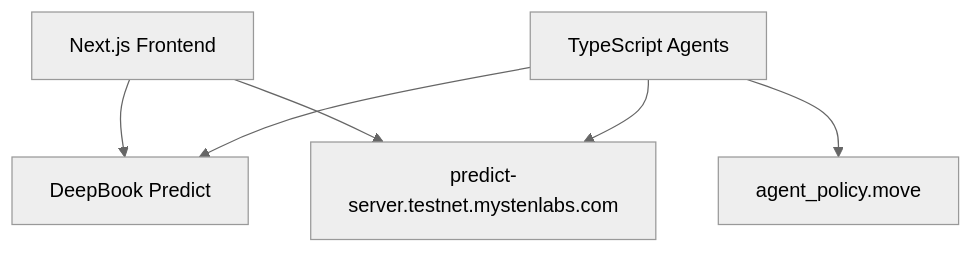
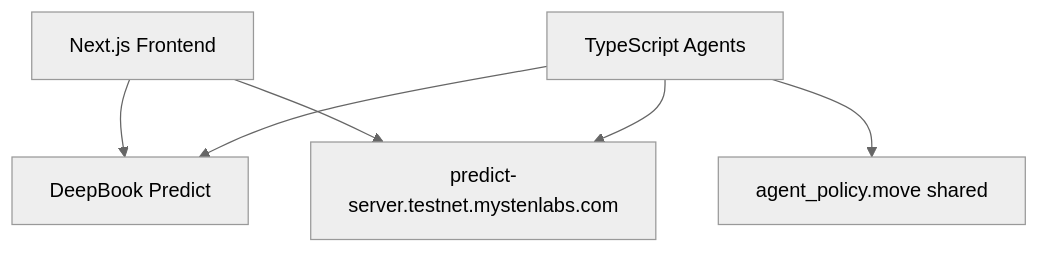
Before and after one commit to choguun/SuiPredict-AI: the diagram in README.md, drawn with Mermaid (neutral theme). The commit also changed other lines of this file and 19 other files, not shown here.

First line of the commit message:
Fix demo-critical bugs in agents, SDK, and on-chain policy.

````diff
--- a/README.md
+++ b/README.md
@@ -20,8 +22,8 @@
 ```mermaid
 flowchart TD
     Web[Next.js Frontend] --> Predict[DeepBook Predict]
     Agents[TypeScript Agents] --> Predict
-    Agents --> Policy[agent_policy.move]
+    Agents --> Policy[agent_policy.move shared]
     Web --> API[predict-server.testnet.mystenlabs.com]
     Agents --> API
 ```
````
